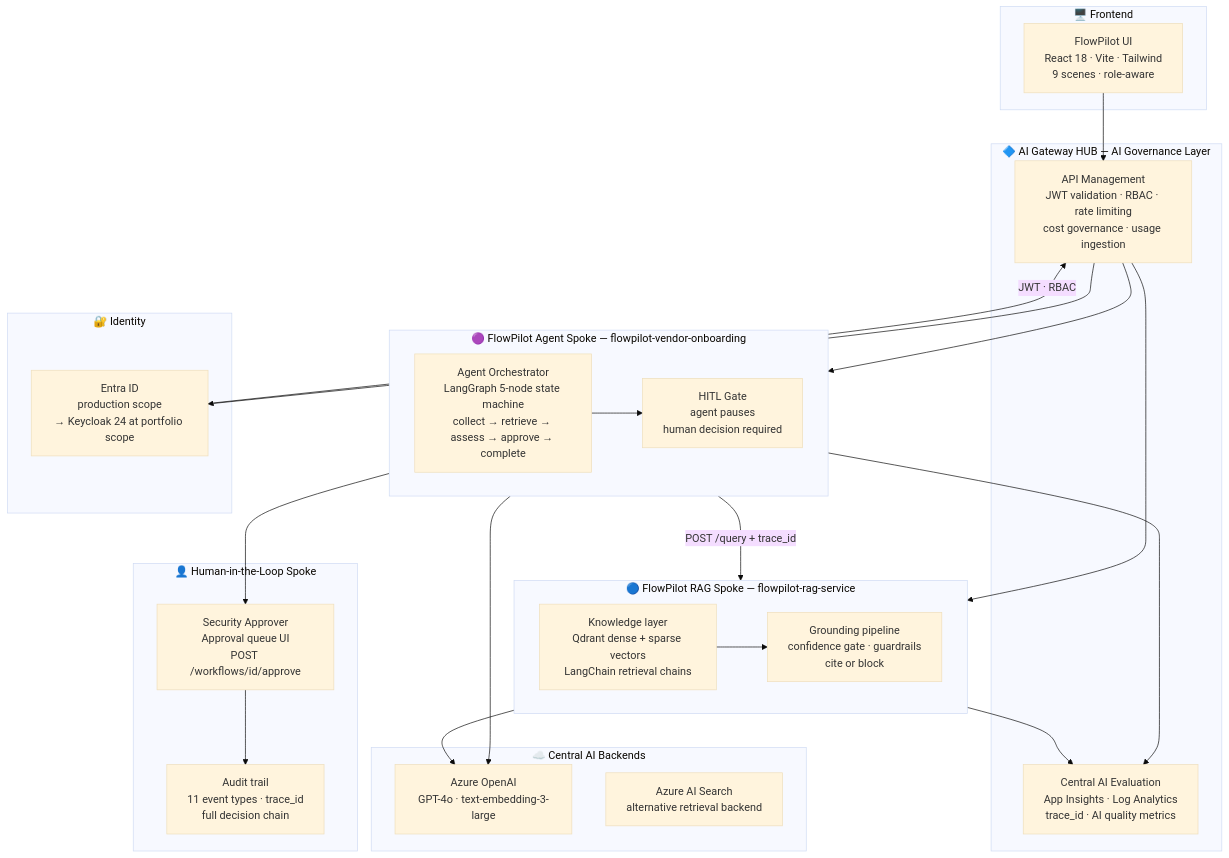
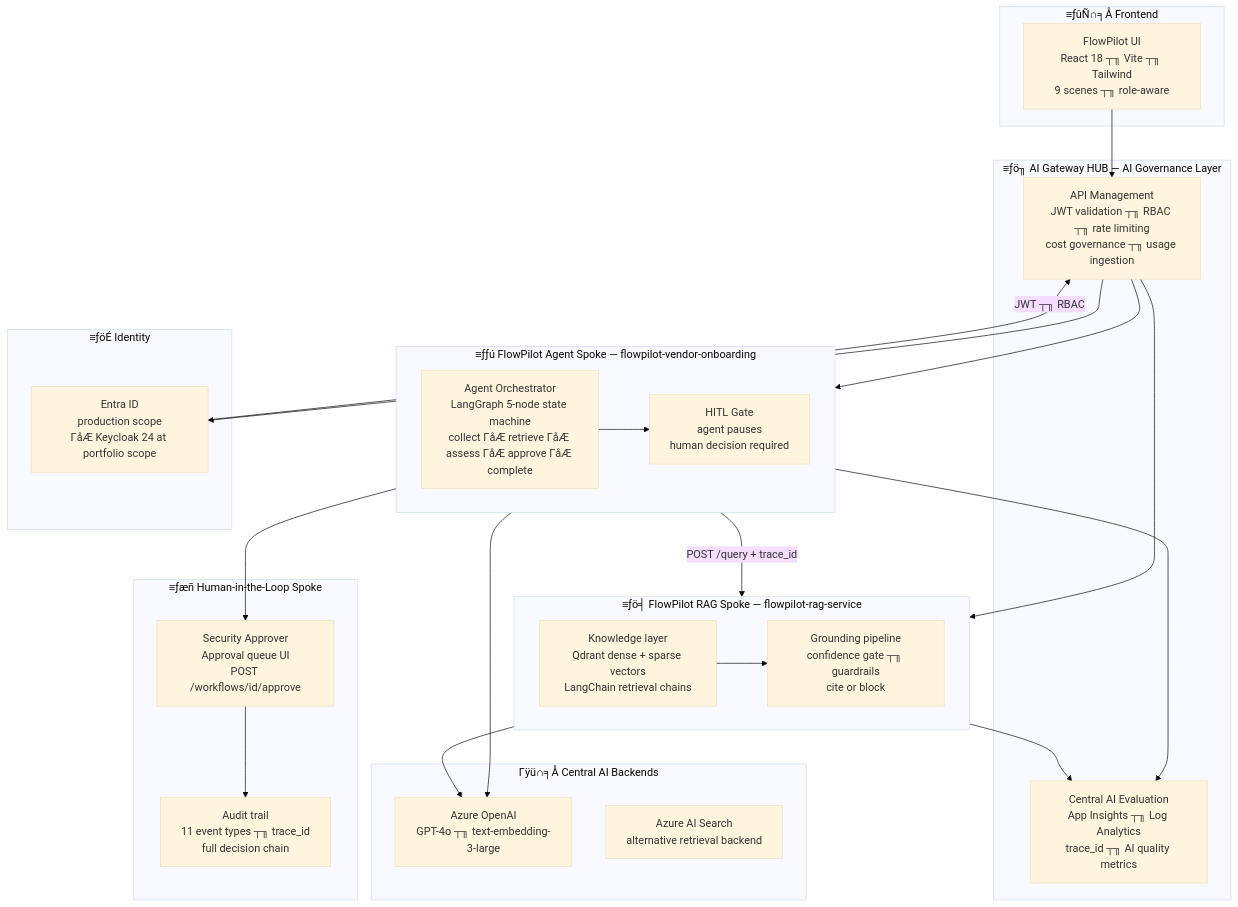
The third of 4 diagrams in README.md (nitindra-soekhai/flowpilot-docs), drawn with Mermaid (base theme) before and after one commit. The commit also changed other lines of this file, not shown here.

````diff
--- a/README.md
+++ b/README.md
@@ -338,56 +290,56 @@
 ```mermaid
 graph TD
 
-    subgraph BACKENDS ["☁️ Central AI Backends"]
-        OAI["Azure OpenAI\nGPT-4o · text-embedding-3-large"]
+    subgraph BACKENDS ["Γÿü∩╕Å Central AI Backends"]
+        OAI["Azure OpenAI\nGPT-4o ┬╖ text-embedding-3-large"]
         AIS["Azure AI Search\nalternative retrieval backend"]
     end
 
-    subgraph HUB ["🔷 AI Gateway HUB — AI Governance Layer"]
-        APIM["API Management\nJWT validation · RBAC · rate limiting\ncost governance · usage ingestion"]
-        EVAL["Central AI Evaluation\nApp Insights · Log Analytics\ntrace_id · AI quality metrics"]
+    subgraph HUB ["≡ƒö╖ AI Gateway HUB — AI Governance Layer"]
+        APIM["API Management\nJWT validation ┬╖ RBAC ┬╖ rate limiting\ncost governance ┬╖ usage ingestion"]
+        EVAL["Central AI Evaluation\nApp Insights ┬╖ Log Analytics\ntrace_id ┬╖ AI quality metrics"]
     end
 
-    subgraph IAM ["🔐 Identity"]
-        ENTRA["Entra ID\nproduction scope\n→ Keycloak 24 at portfolio scope"]
+    subgraph IAM ["≡ƒöÉ Identity"]
+        ENTRA["Entra ID\nproduction scope\nΓåÆ Keycloak 24 at portfolio scope"]
     end
 
-    subgraph RAG_SPOKE ["🔵 FlowPilot RAG Spoke — flowpilot-rag-service"]
+    subgraph RAG_SPOKE ["≡ƒö╡ FlowPilot RAG Spoke — flowpilot-rag-service"]
         direction LR
         KNOWLEDGE["Knowledge layer\nQdrant dense + sparse vectors\nLangChain retrieval chains"]
-        GROUND["Grounding pipeline\nconfidence gate · guardrails\ncite or block"]
+        GROUND["Grounding pipeline\nconfidence gate ┬╖ guardrails\ncite or block"]
         KNOWLEDGE --> GROUND
     end
 
-    subgraph AGENT_SPOKE ["🟣 FlowPilot Agent Spoke — flowpilot-vendor-onboarding"]
+    subgraph AGENT_SPOKE ["≡ƒƒú FlowPilot Agent Spoke — flowpilot-vendor-onboarding"]
         direction LR
-        ORCH["Agent Orchestrator\nLangGraph 5-node state machine\ncollect → retrieve → assess → approve → complete"]
+        ORCH["Agent Orchestrator\nLangGraph 5-node state machine\ncollect ΓåÆ retrieve ΓåÆ assess ΓåÆ approve ΓåÆ complete"]
         HITL_NODE["HITL Gate\nagent pauses\nhuman decision required"]
         ORCH --> HITL_NODE
     end
 
-    subgraph HITL_SPOKE ["👤 Human-in-the-Loop Spoke"]
+    subgraph HITL_SPOKE ["≡ƒæñ Human-in-the-Loop Spoke"]
         APPROVER["Security Approver\nApproval queue UI\nPOST /workflows/id/approve"]
-        AUDIT["Audit trail\n11 event types · trace_id\nfull decision chain"]
+        AUDIT["Audit trail\n11 event types ┬╖ trace_id\nfull decision chain"]
     end
 
-    subgraph FRONTEND ["🖥️ Frontend"]
-        UI["FlowPilot UI\nReact 18 · Vite · Tailwind\n9 scenes · role-aware"]
+    subgraph FRONTEND ["≡ƒûÑ∩╕Å Frontend"]
+        UI["FlowPilot UI\nReact 18 ┬╖ Vite ┬╖ Tailwind\n9 scenes ┬╖ role-aware"]
     end
 
     UI --> APIM
     APIM --> AGENT_SPOKE
     APIM --> RAG_SPOKE
     APIM --> ENTRA
 
     ORCH -- "POST /query + trace_id" --> GROUND
     ORCH --> OAI
     KNOWLEDGE --> OAI
 
     HITL_NODE --> APPROVER
     APPROVER --> AUDIT
 
     RAG_SPOKE --> EVAL
     AGENT_SPOKE --> EVAL
-    ENTRA -- "JWT · RBAC" --> APIM
+    ENTRA -- "JWT ┬╖ RBAC" --> APIM
 ```
````
